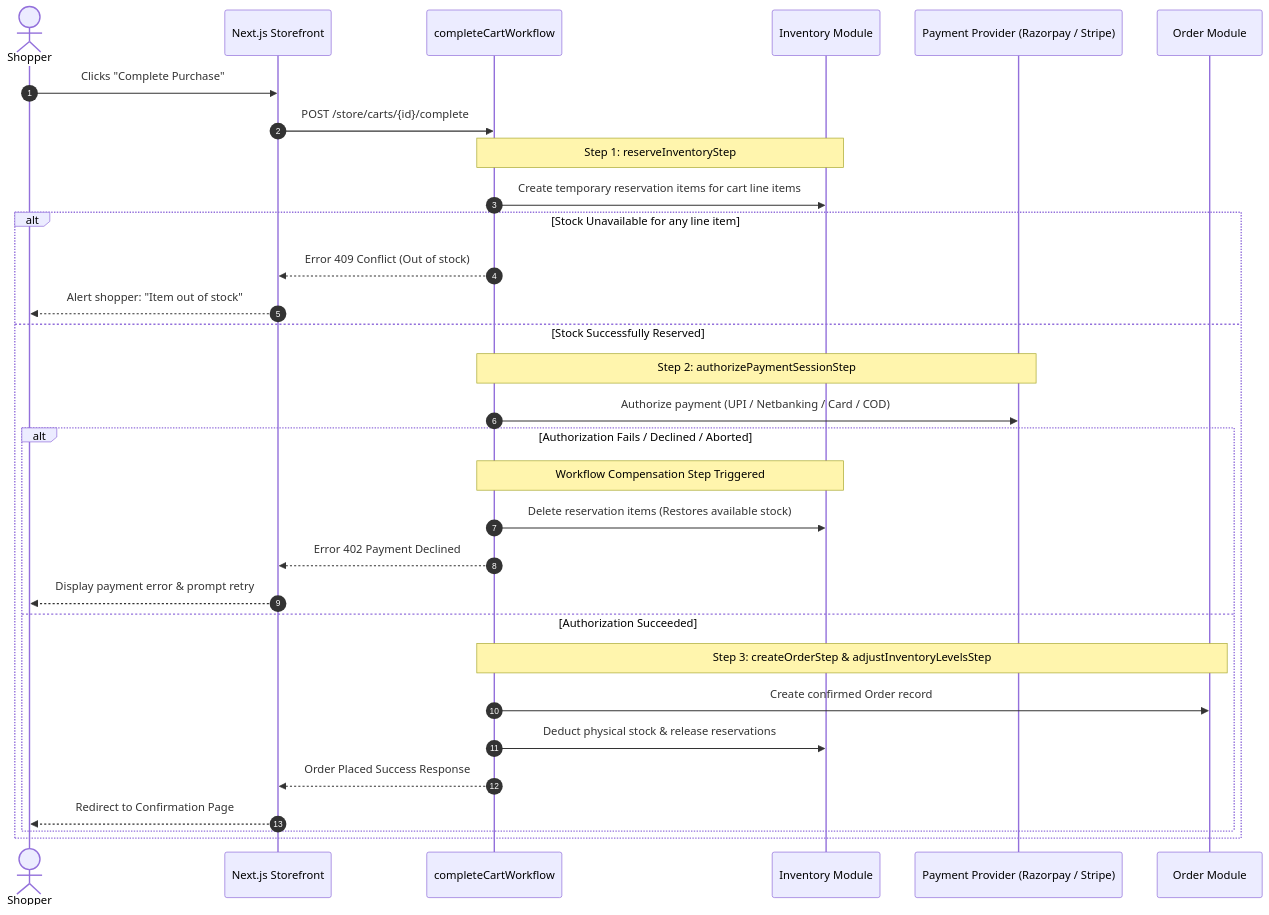
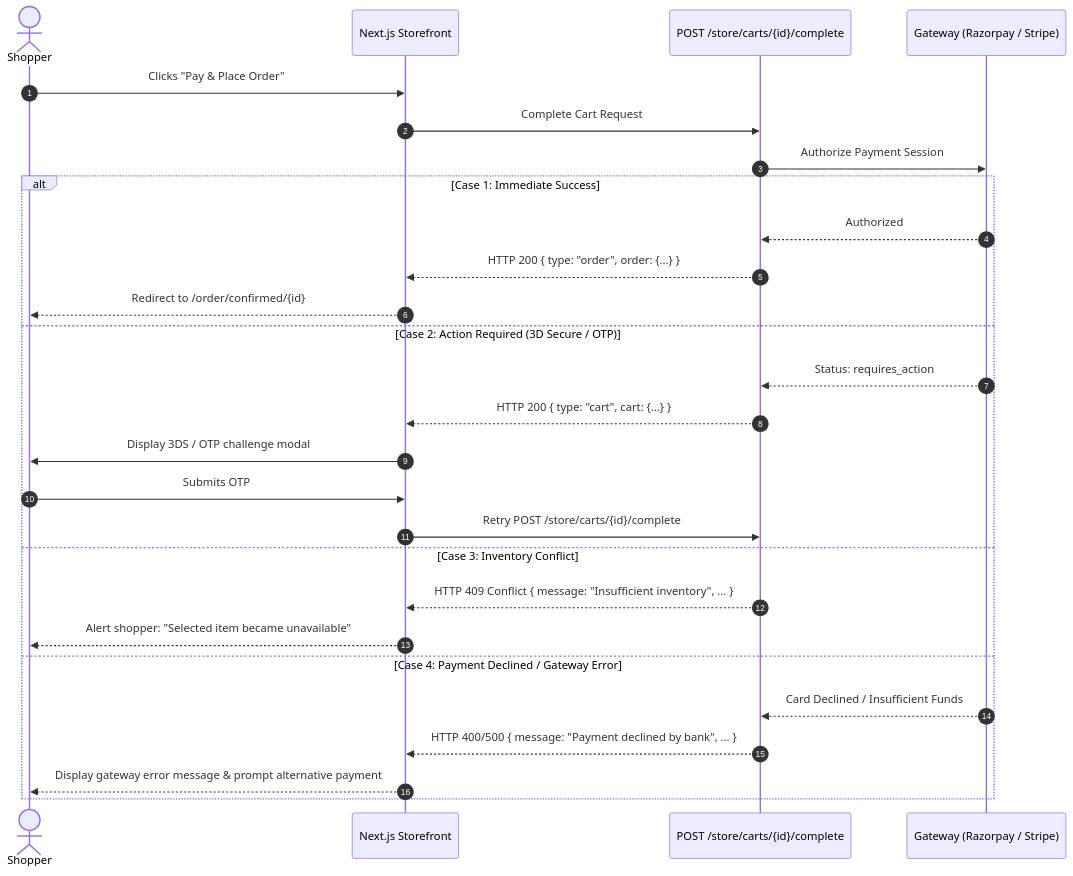
Before and after one commit to Ajuworks96/theecombuddy: the third of 4 diagrams in docs/COMMERCE_WORKFLOWS.md, drawn with Mermaid. The commit also changed other lines of this file and 6 other files, not shown here.

Commit message:
fix(docs): finalize step-01 technical corrections (inventory lifecycle, checkout responses, migrations, module naming, SEO, compliance)

````diff
--- a/docs/COMMERCE_WORKFLOWS.md
+++ b/docs/COMMERCE_WORKFLOWS.md
@@ -48,35 +110,31 @@
 ```mermaid
 sequenceDiagram
     autonumber
     actor Shopper as Shopper
     participant Storefront as Next.js Storefront
-    participant MedusaWorkflow as completeCartWorkflow
-    participant InventoryMod as Inventory Module
-    participant PaymentMod as Payment Provider (Razorpay / Stripe)
-    participant OrderMod as Order Module
+    participant MedusaAPI as POST /store/carts/{id}/complete
+    participant PaymentProvider as Gateway (Razorpay / Stripe)
 
-    Shopper->>Storefront: Clicks "Complete Purchase"
-    Storefront->>MedusaWorkflow: POST /store/carts/{id}/complete
+    Shopper->>Storefront: Clicks "Pay & Place Order"
+    Storefront->>MedusaAPI: Complete Cart Request
+    MedusaAPI->>PaymentProvider: Authorize Payment Session
 
-    Note over MedusaWorkflow,InventoryMod: Step 1: reserveInventoryStep
-    MedusaWorkflow->>InventoryMod: Create temporary reservation items for cart line items
-    alt Stock Unavailable for any line item
-        MedusaWorkflow-->>Storefront: Error 409 Conflict (Out of stock)
-        Storefront-->>Shopper: Alert shopper: "Item out of stock"
-    else Stock Successfully Reserved
-        Note over MedusaWorkflow,PaymentMod: Step 2: authorizePaymentSessionStep
-        MedusaWorkflow->>PaymentMod: Authorize payment (UPI / Netbanking / Card / COD)
-        alt Authorization Fails / Declined / Aborted
-            Note over MedusaWorkflow,InventoryMod: Workflow Compensation Step Triggered
-            MedusaWorkflow->>InventoryMod: Delete reservation items (Restores available stock)
-            MedusaWorkflow-->>Storefront: Error 402 Payment Declined
-            Storefront-->>Shopper: Display payment error & prompt retry
-        else Authorization Succeeded
-            Note over MedusaWorkflow,OrderMod: Step 3: createOrderStep & adjustInventoryLevelsStep
-            MedusaWorkflow->>OrderMod: Create confirmed Order record
-            MedusaWorkflow->>InventoryMod: Deduct physical stock & release reservations
-            MedusaWorkflow-->>Storefront: Order Placed Success Response
-            Storefront-->>Shopper: Redirect to Confirmation Page
-        end
+    alt Case 1: Immediate Success
+        PaymentProvider-->>MedusaAPI: Authorized
+        MedusaAPI-->>Storefront: HTTP 200 { type: "order", order: {...} }
+        Storefront-->>Shopper: Redirect to /order/confirmed/{id}
+    else Case 2: Action Required (3D Secure / OTP)
+        PaymentProvider-->>MedusaAPI: Status: requires_action
+        MedusaAPI-->>Storefront: HTTP 200 { type: "cart", cart: {...} }
+        Storefront->>Shopper: Display 3DS / OTP challenge modal
+        Shopper->>Storefront: Submits OTP
+        Storefront->>MedusaAPI: Retry POST /store/carts/{id}/complete
+    else Case 3: Inventory Conflict
+        MedusaAPI-->>Storefront: HTTP 409 Conflict { message: "Insufficient inventory", ... }
+        Storefront-->>Shopper: Alert shopper: "Selected item became unavailable"
+    else Case 4: Payment Declined / Gateway Error
+        PaymentProvider-->>MedusaAPI: Card Declined / Insufficient Funds
+        MedusaAPI-->>Storefront: HTTP 400/500 { message: "Payment declined by bank", ... }
+        Storefront-->>Shopper: Display gateway error message & prompt alternative payment
     end
 ```
````
